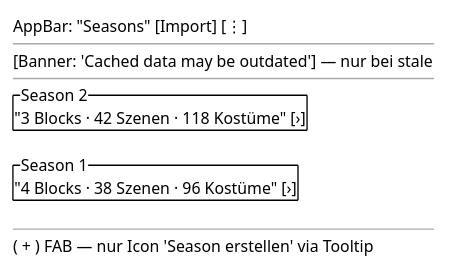
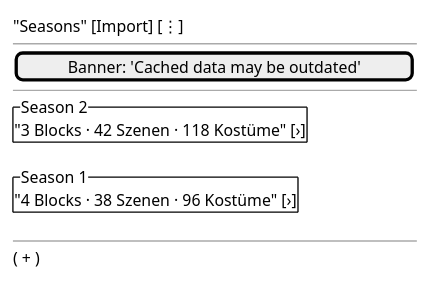
The diagram in docs/design/screens/seasons.md (tradem/breakdown-rs), drawn with PlantUML before and after one commit. The commit also changed other lines of this file and 6 other files, not shown here.

````diff
--- a/docs/design/screens/seasons.md
+++ b/docs/design/screens/seasons.md
@@ -29,16 +29,16 @@
 ```plantuml
 @startsalt
 {
-  AppBar: "Seasons" [Import] [⋮]
+  "Seasons" [Import] [⋮]
   --
-  [Banner: 'Cached data may be outdated'] — nur bei stale
+  [Banner: 'Cached data may be outdated']
   --
   {^ "Season 2"
      "3 Blocks · 42 Szenen · 118 Kostüme" [›]}
   {^ "Season 1"
      "4 Blocks · 38 Szenen · 96 Kostüme" [›]}
   --
-  ( + ) FAB — nur Icon 'Season erstellen' via Tooltip
+  ( + )
 }
 @endsalt
 ```
````
